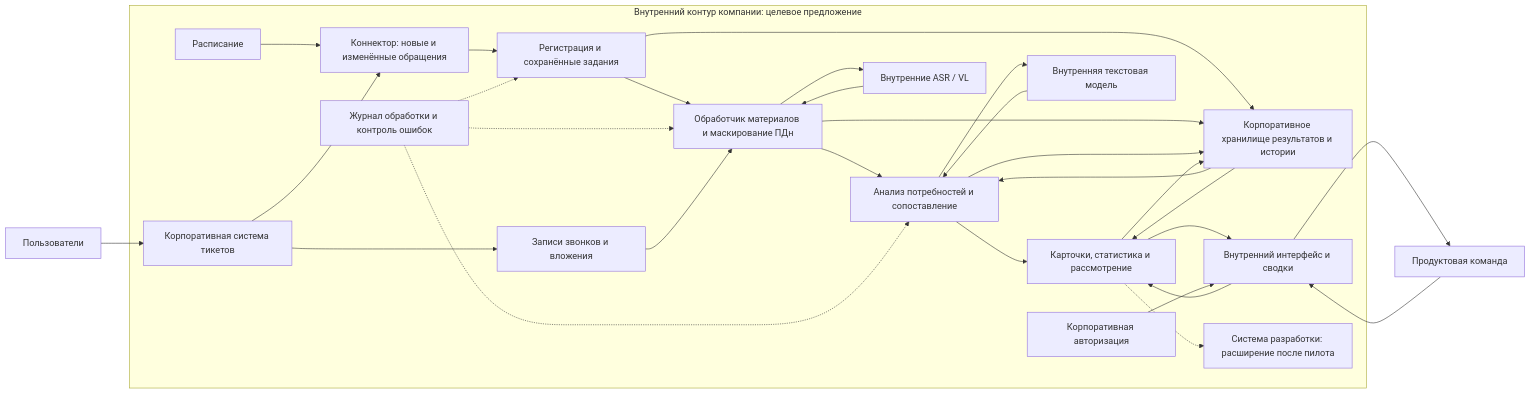
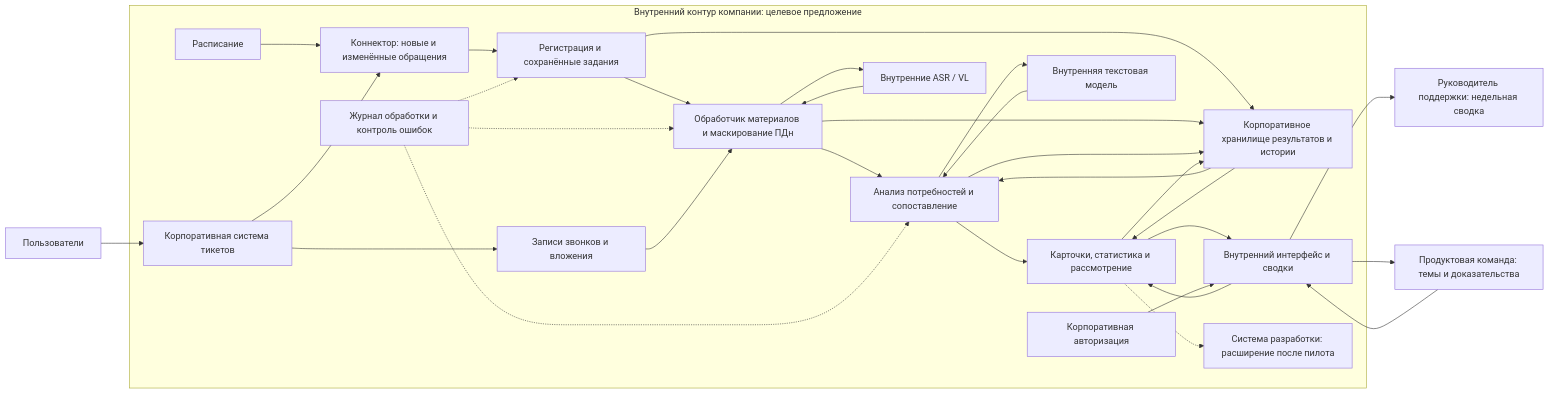
The second of 2 diagrams in docs/CONCEPT.md (anvs11/GPN_Insight), drawn with Mermaid before and after one commit. The commit also changed other lines of this file and 69 other files, not shown here.

````diff
--- a/docs/CONCEPT.md
+++ b/docs/CONCEPT.md
@@ -108,34 +118,35 @@
 ```mermaid
 flowchart LR
     USERS["Пользователи"]
     subgraph CORP["Внутренний контур компании: целевое предложение"]
         T["Корпоративная система тикетов"] --> F["Записи звонков и вложения"]
         S["Расписание"] --> K["Коннектор: новые и изменённые обращения"]
         K --> B["Регистрация и сохранённые задания"]
         B --> N["Обработчик материалов и маскирование ПДн"]
         N --> A["Анализ потребностей и сопоставление"]
         A --> D["Карточки, статистика и рассмотрение"]
         N --> M["Внутренние ASR / VL"]
         M --> N
         A --> Q["Внутренняя текстовая модель"]
         Q --> A
         B --> DB["Корпоративное хранилище результатов и истории"]
         N --> DB
         A --> DB
         D --> DB
         DB --> A
         DB --> D
         D --> WEB["Внутренний интерфейс и сводки"]
         WEB --> D
         AUTH["Корпоративная авторизация"] --> WEB
         D -.-> TASKS["Система разработки: расширение после пилота"]
         MON["Журнал обработки и контроль ошибок"] -.-> B
         MON -.-> N
         MON -.-> A
     end
     USERS --> T
     T --> K
     F --> N
-    WEB --> TEAM["Продуктовая команда"]
+    WEB --> LEAD["Руководитель поддержки: недельная сводка"]
+    WEB --> TEAM["Продуктовая команда: темы и доказательства"]
     TEAM --> WEB
 ```
````
